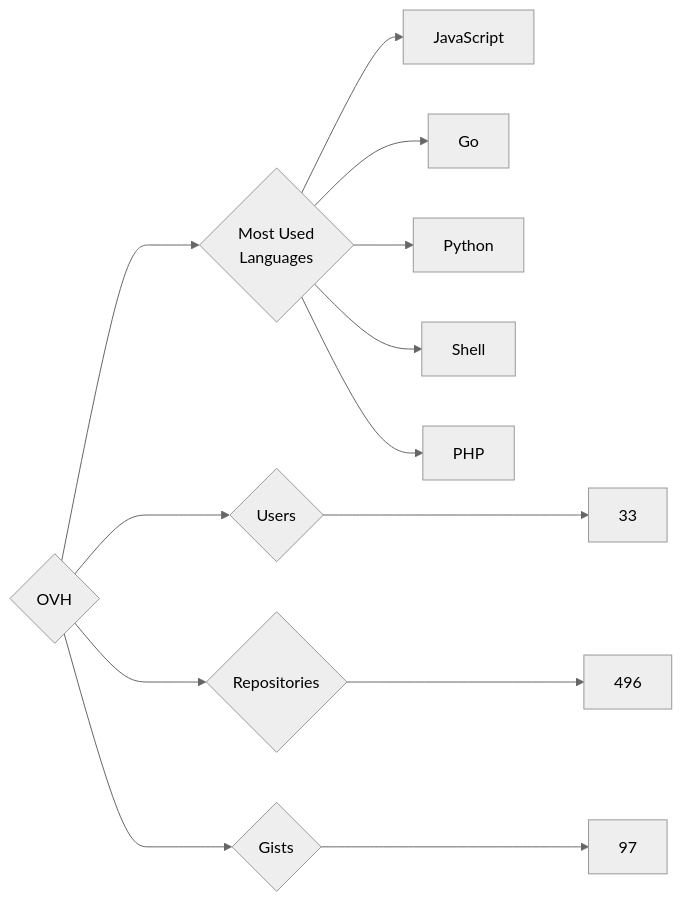
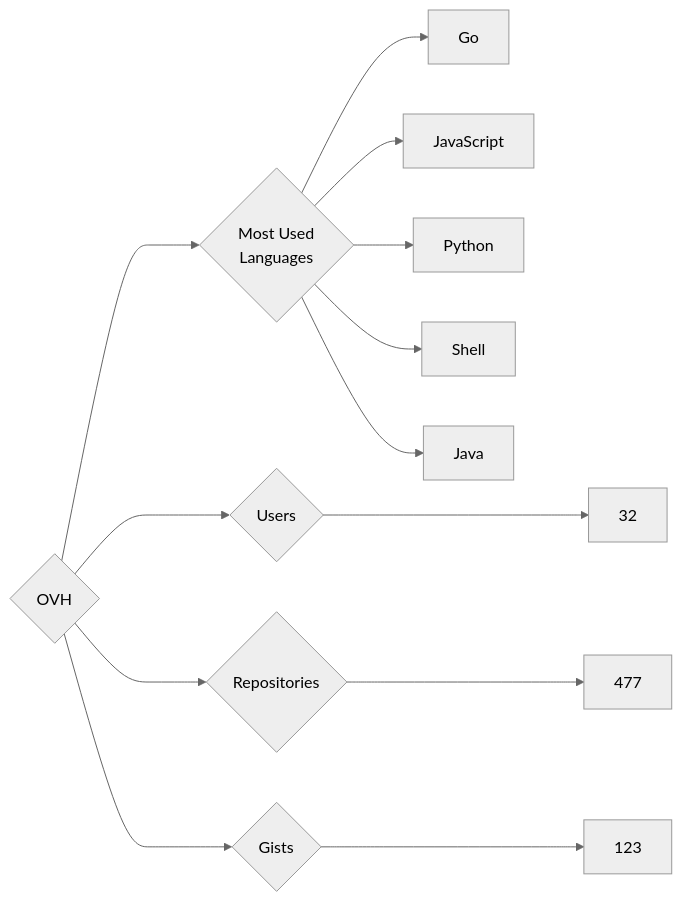
The diagram in targets/OVH/README.md (trickest/insiders), drawn with Mermaid (neutral theme) before and after one commit. The commit also changed 1011 other files, not shown here.

````diff
--- a/targets/OVH/README.md
+++ b/targets/OVH/README.md
@@ -3,13 +3,13 @@
 ```mermaid
 graph LR
 COMPANY_NAME{OVH}
-COMPANY_NAME ---> U{Users} ---> UN[33]
-COMPANY_NAME ---> R{Repositories} ---> RN[496]
-COMPANY_NAME ---> G{Gists} ---> GN[97]
+COMPANY_NAME ---> U{Users} ---> UN[32]
+COMPANY_NAME ---> R{Repositories} ---> RN[477]
+COMPANY_NAME ---> G{Gists} ---> GN[123]
 COMPANY_NAME ---> ML{Most Used<br>Languages}
+ML --> Go[Go]
 ML --> JavaScript[JavaScript]
-ML --> Go[Go]
 ML --> Python[Python]
 ML --> Shell[Shell]
-ML --> PHP[PHP]
+ML --> Java[Java]
 ```
````
